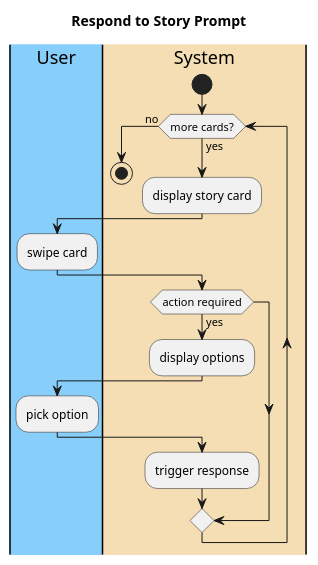
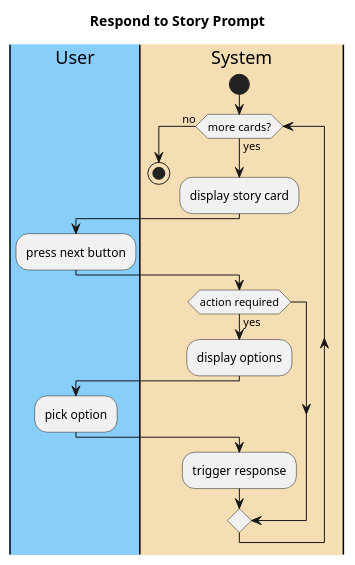
One commit to emutchek/MaraudersAtSea changed the diagram in CMPU_203_MAS/intellij/doc/use-cases/Complete_StoryScene.md. Above: the diagram before and after it, drawn with PlantUML. The commit also changed 9 other files, not shown here.

````diff
--- a/CMPU_203_MAS/intellij/doc/use-cases/Complete_StoryScene.md
+++ b/CMPU_203_MAS/intellij/doc/use-cases/Complete_StoryScene.md
@@ -34,27 +34,27 @@
 ```PlantUML
 @startuml
 title Respond to Story Prompt
 |#LightSkyBlue|User|
 |#Wheat|System|
 
 |System|
 start
 while (more cards?) is (yes)
     :display story card;
     |User|
-    :swipe card;
+    :press next button;
 
 |System|
 if (action required) then (yes)
     :display options;
     |User|
     :pick option;
 
 |System|
 :trigger response;
 
 endif
 endwhile (no)
 stop
 @enduml
 ```
````
